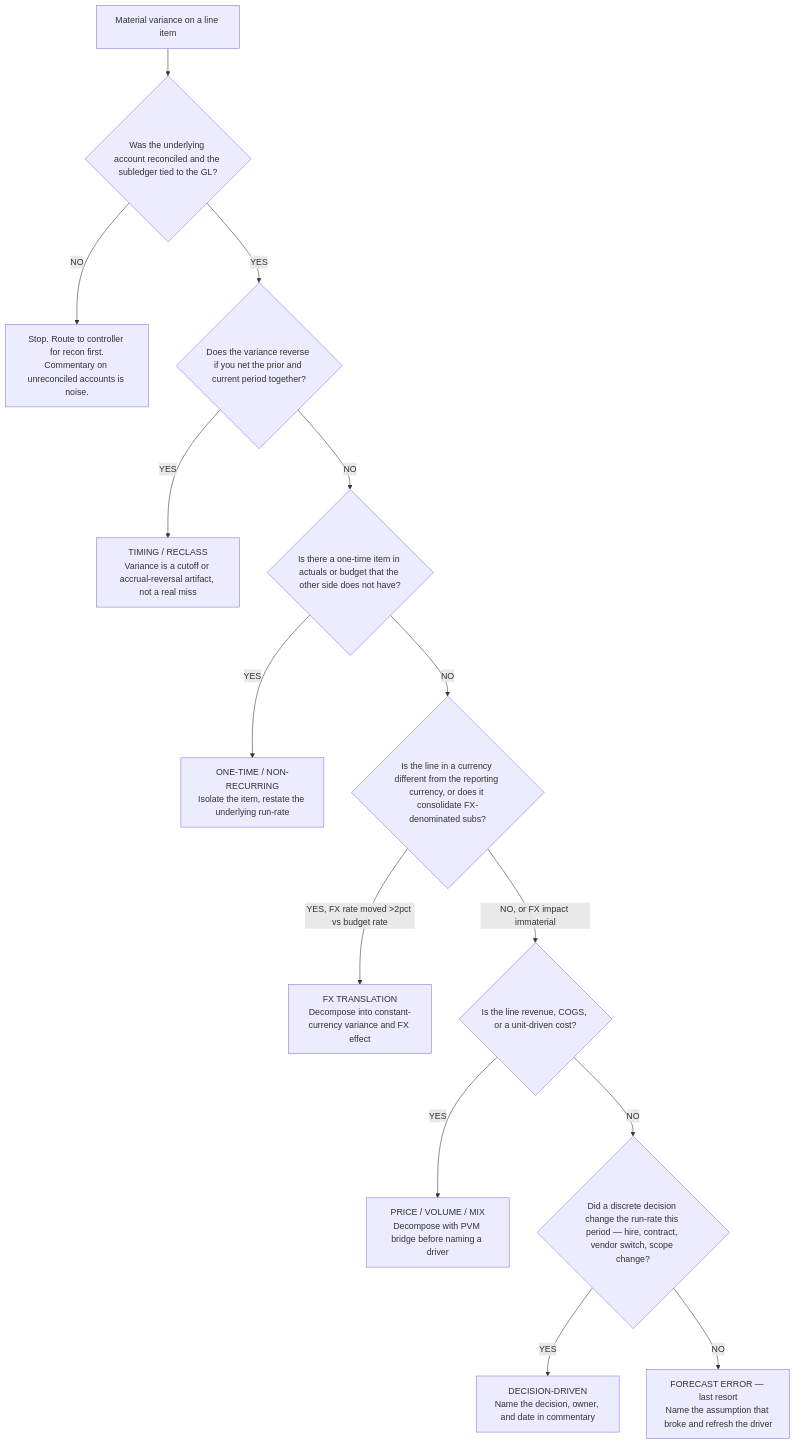
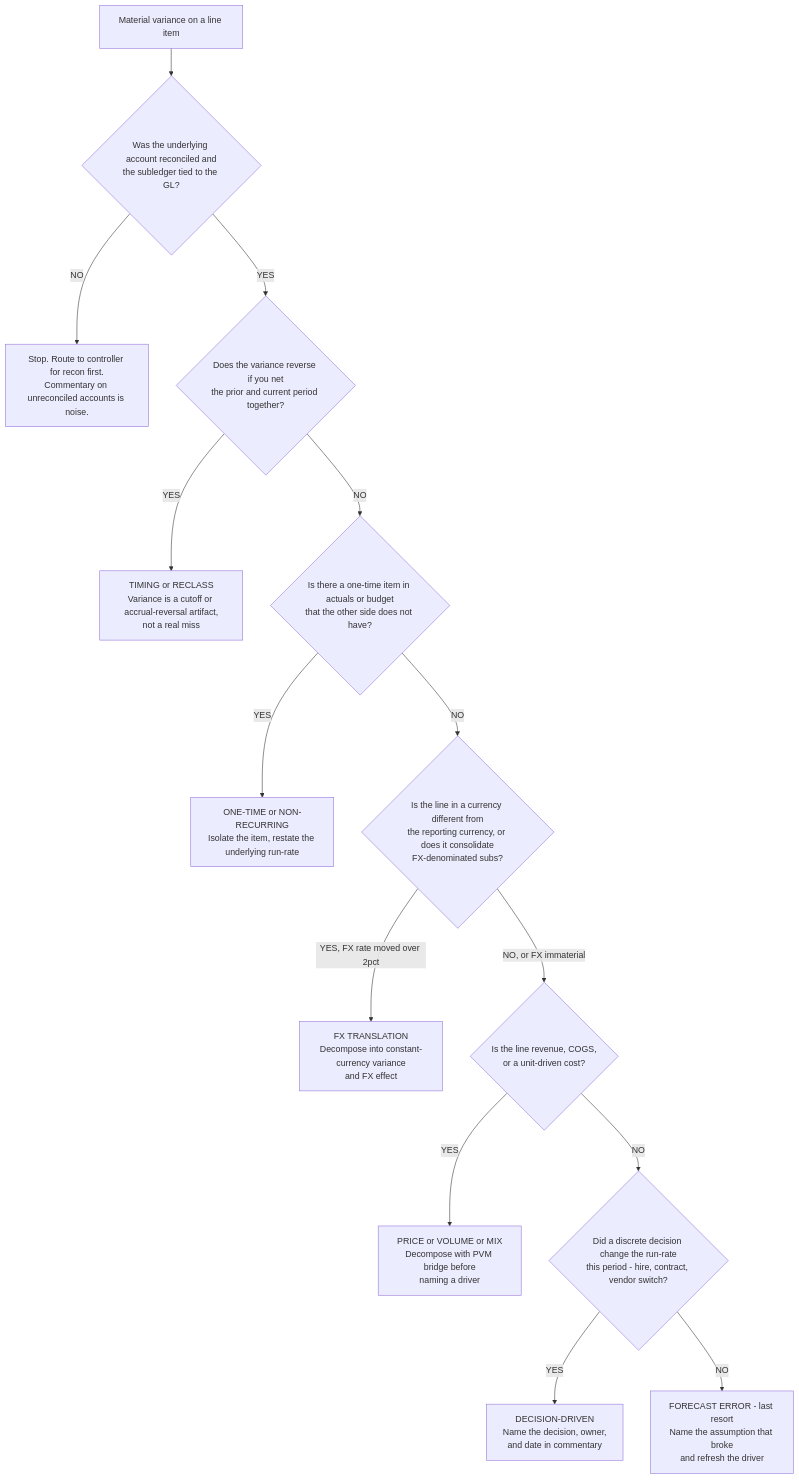
One commit to mcorbett51090/RavenClaude changed the diagram in plugins/finance/knowledge/variance-root-cause-triage.md. Above: the diagram before and after it, drawn with Mermaid. The commit also changed 9 other files, not shown here.

First line of the commit message:
fix(decision-trees): quote Mermaid nodes/edges with special chars so charts render

````diff
--- a/plugins/finance/knowledge/variance-root-cause-triage.md
+++ b/plugins/finance/knowledge/variance-root-cause-triage.md
@@ -15,16 +15,16 @@
 ```mermaid
 flowchart TD
-    START[Material variance on a line item] --> Q1{Was the underlying account reconciled and the subledger tied to the GL?}
-    Q1 -->|NO| RECON[Stop. Route to controller for recon first.<br/>Commentary on unreconciled accounts is noise.]
-    Q1 -->|YES| Q2{Does the variance reverse if you net the prior and current period together?}
-    Q2 -->|YES| TIMING[TIMING / RECLASS<br/>Variance is a cutoff or accrual-reversal artifact, not a real miss]
-    Q2 -->|NO| Q3{Is there a one-time item in actuals or budget that the other side does not have?}
-    Q3 -->|YES| ONETIME[ONE-TIME / NON-RECURRING<br/>Isolate the item, restate the underlying run-rate]
-    Q3 -->|NO| Q4{Is the line in a currency different from the reporting currency, or does it consolidate FX-denominated subs?}
-    Q4 -->|"YES, FX rate moved >2pct vs budget rate"| FX[FX TRANSLATION<br/>Decompose into constant-currency variance and FX effect]
-    Q4 -->|NO, or FX impact immaterial| Q5{Is the line revenue, COGS, or a unit-driven cost?}
-    Q5 -->|YES| PVM[PRICE / VOLUME / MIX<br/>Decompose with PVM bridge before naming a driver]
-    Q5 -->|NO| Q6{Did a discrete decision change the run-rate this period — hire, contract, vendor switch, scope change?}
-    Q6 -->|YES| DECISION[DECISION-DRIVEN<br/>Name the decision, owner, and date in commentary]
-    Q6 -->|NO| FORECAST[FORECAST ERROR — last resort<br/>Name the assumption that broke and refresh the driver]
+    START[Material variance on a line item] --> Q1{"Was the underlying account reconciled and<br/>the subledger tied to the GL?"}
+    Q1 -->|NO| RECON["Stop. Route to controller for recon first.<br/>Commentary on unreconciled accounts is noise."]
+    Q1 -->|YES| Q2{"Does the variance reverse if you net<br/>the prior and current period together?"}
+    Q2 -->|YES| TIMING["TIMING or RECLASS<br/>Variance is a cutoff or accrual-reversal artifact,<br/>not a real miss"]
+    Q2 -->|NO| Q3{"Is there a one-time item in actuals or budget<br/>that the other side does not have?"}
+    Q3 -->|YES| ONETIME["ONE-TIME or NON-RECURRING<br/>Isolate the item, restate the underlying run-rate"]
+    Q3 -->|NO| Q4{"Is the line in a currency different from<br/>the reporting currency, or does it consolidate<br/>FX-denominated subs?"}
+    Q4 -->|"YES, FX rate moved over 2pct"| FX["FX TRANSLATION<br/>Decompose into constant-currency variance<br/>and FX effect"]
+    Q4 -->|NO, or FX immaterial| Q5{"Is the line revenue, COGS,<br/>or a unit-driven cost?"}
+    Q5 -->|YES| PVM["PRICE or VOLUME or MIX<br/>Decompose with PVM bridge before<br/>naming a driver"]
+    Q5 -->|NO| Q6{"Did a discrete decision change the run-rate<br/>this period - hire, contract, vendor switch?"}
+    Q6 -->|YES| DECISION["DECISION-DRIVEN<br/>Name the decision, owner,<br/>and date in commentary"]
+    Q6 -->|NO| FORECAST["FORECAST ERROR - last resort<br/>Name the assumption that broke<br/>and refresh the driver"]
 ```
````
